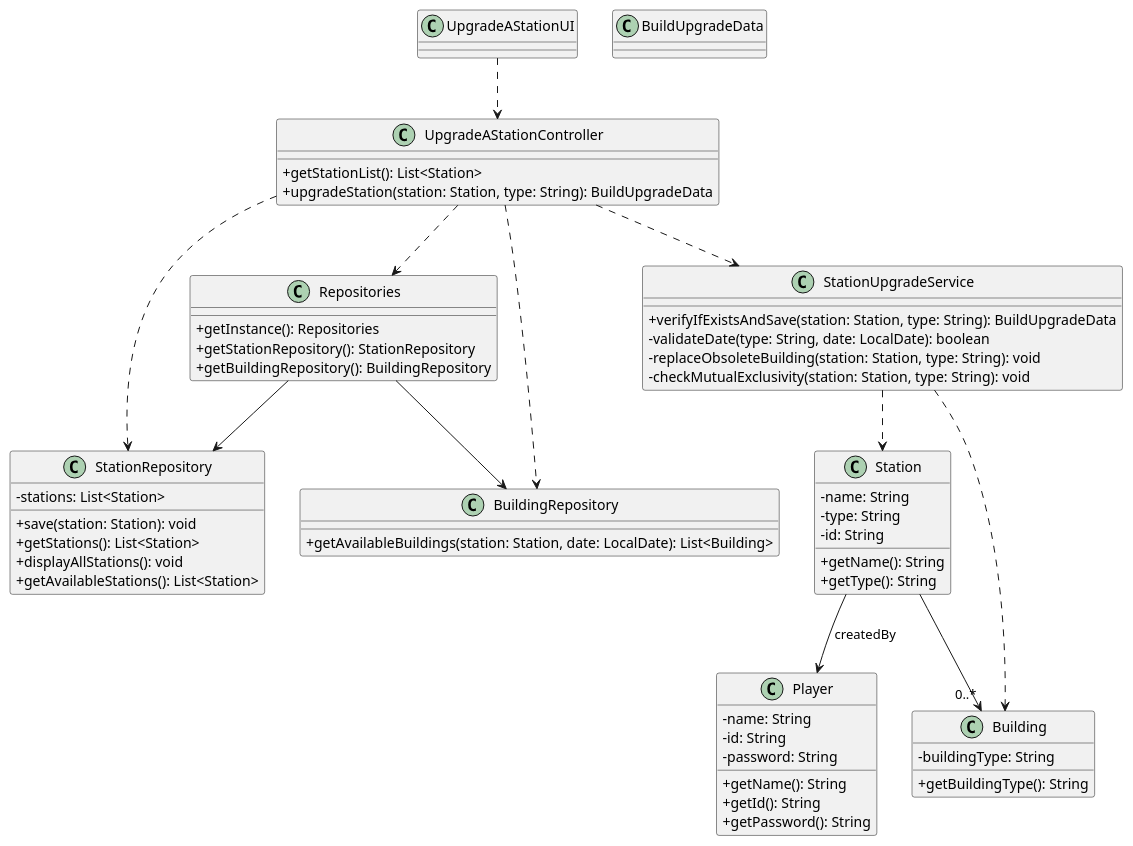
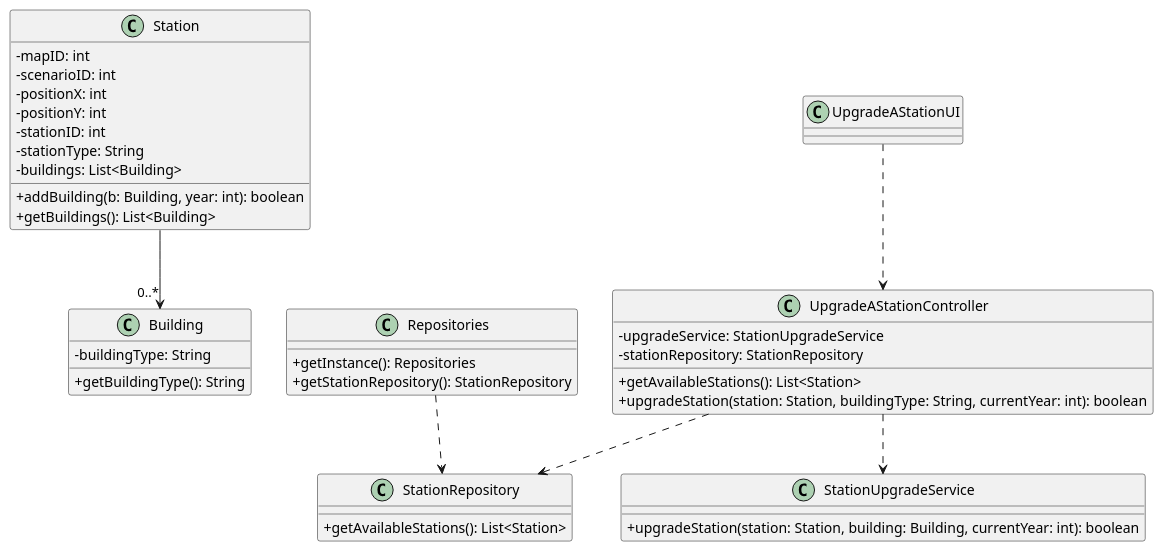
One commit to ivasduarte/all-aboard changed the diagram in docs/sprint2/us006/03.design/puml/us006-class-diagram.puml. Above: the diagram before and after it, drawn with PlantUML. The commit also changed 1 other file, not shown here.

Commit message:
US06(docs): class diagram

```diff
--- a/docs/sprint2/us006/03.design/puml/us006-class-diagram.puml
+++ b/docs/sprint2/us006/03.design/puml/us006-class-diagram.puml
@@ -1,85 +1,51 @@
 @startuml
 skinparam packageStyle rectangle
 skinparam shadowing false
 skinparam classAttributeIconSize 0
 
-'--- Entidades do domínio ---
-class Player {
-  - name: String
-  - id: String
-  - password: String
-  + getName(): String
-  + getId(): String
-  + getPassword(): String
-}
-
 class Station {
-  - name: String
-  - type: String
-  - id: String
-  + getName(): String
-  + getType(): String
+  - mapID: int
+  - scenarioID: int
+  - positionX: int
+  - positionY: int
+  - stationID: int
+  - stationType: String
+  - buildings: List<Building>
+  + addBuilding(b: Building, year: int): boolean
+  + getBuildings(): List<Building>
 }
 
 class Building {
   - buildingType: String
   + getBuildingType(): String
 }
 
-'--- UI & Controlador ---
+class StationUpgradeService {
+  + upgradeStation(station: Station, building: Building, currentYear: int): boolean
+}
+
 class UpgradeAStationUI
 
 class UpgradeAStationController {
-  + getStationList(): List<Station>
-  + upgradeStation(station: Station, type: String): BuildUpgradeData
+  - upgradeService: StationUpgradeService
+  - stationRepository: StationRepository
+  + getAvailableStations(): List<Station>
+  + upgradeStation(station: Station, buildingType: String, currentYear: int): boolean
 }
 
-'--- Repositórios e Serviços ---
 class Repositories {
   + getInstance(): Repositories
   + getStationRepository(): StationRepository
-  + getBuildingRepository(): BuildingRepository
-}
-
-class StationRepository {
-  - stations: List<Station>
-  + save(station: Station): void
-  + getStations(): List<Station>
-  + displayAllStations(): void
-}
-
-class BuildingRepository {
-  + getAvailableBuildings(station: Station, date: LocalDate): List<Building>
-}
-
-class StationUpgradeService {
-  + verifyIfExistsAndSave(station: Station, type: String): BuildUpgradeData
-  - validateDate(type: String, date: LocalDate): boolean
-  - replaceObsoleteBuilding(station: Station, type: String): void
-  - checkMutualExclusivity(station: Station, type: String): void
 }
 
 class StationRepository {
   + getAvailableStations(): List<Station>
 }
 
-class BuildUpgradeData
-
-'--- Relações ---
 UpgradeAStationUI ..> UpgradeAStationController
-UpgradeAStationController ..> Repositories
+UpgradeAStationController ..> StationUpgradeService
 UpgradeAStationController ..> StationRepository
-UpgradeAStationController ..> BuildingRepository
-UpgradeAStationController ..> StationUpgradeService
-
-Repositories --> StationRepository
-Repositories --> BuildingRepository
-
-
-StationUpgradeService ..> Station
-StationUpgradeService ..> Building
-
+Repositories ..> StationRepository
 Station --> "0..*" Building
-Station --> Player : createdBy
 
 @enduml
```
